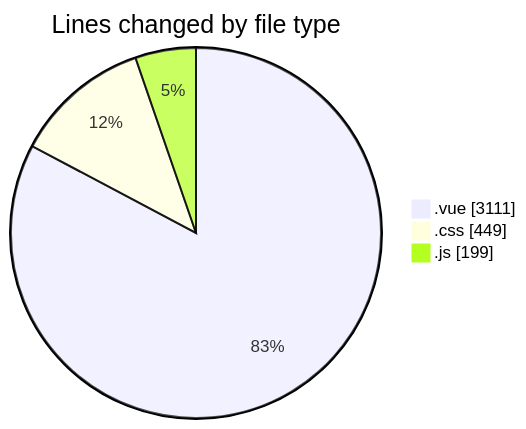
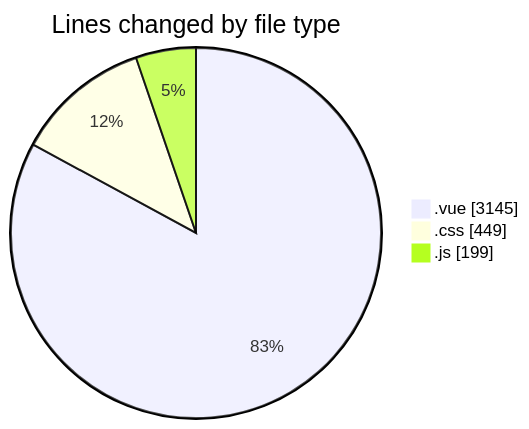
Before and after one commit to lephambinh05/code-tracking: the first of 2 diagrams in 2025-08-10/rentotp/README.md, drawn with Mermaid. The commit also changed other lines of this file and 1 other file, not shown here.

````diff
--- a/2025-08-10/rentotp/README.md
+++ b/2025-08-10/rentotp/README.md
@@ -26,7 +26,7 @@
 ```mermaid
 pie showData
 title Lines changed by file type
-".vue" : 3111
+".vue" : 3145
 ".css" : 449
 ".js" : 199
 ```
````
